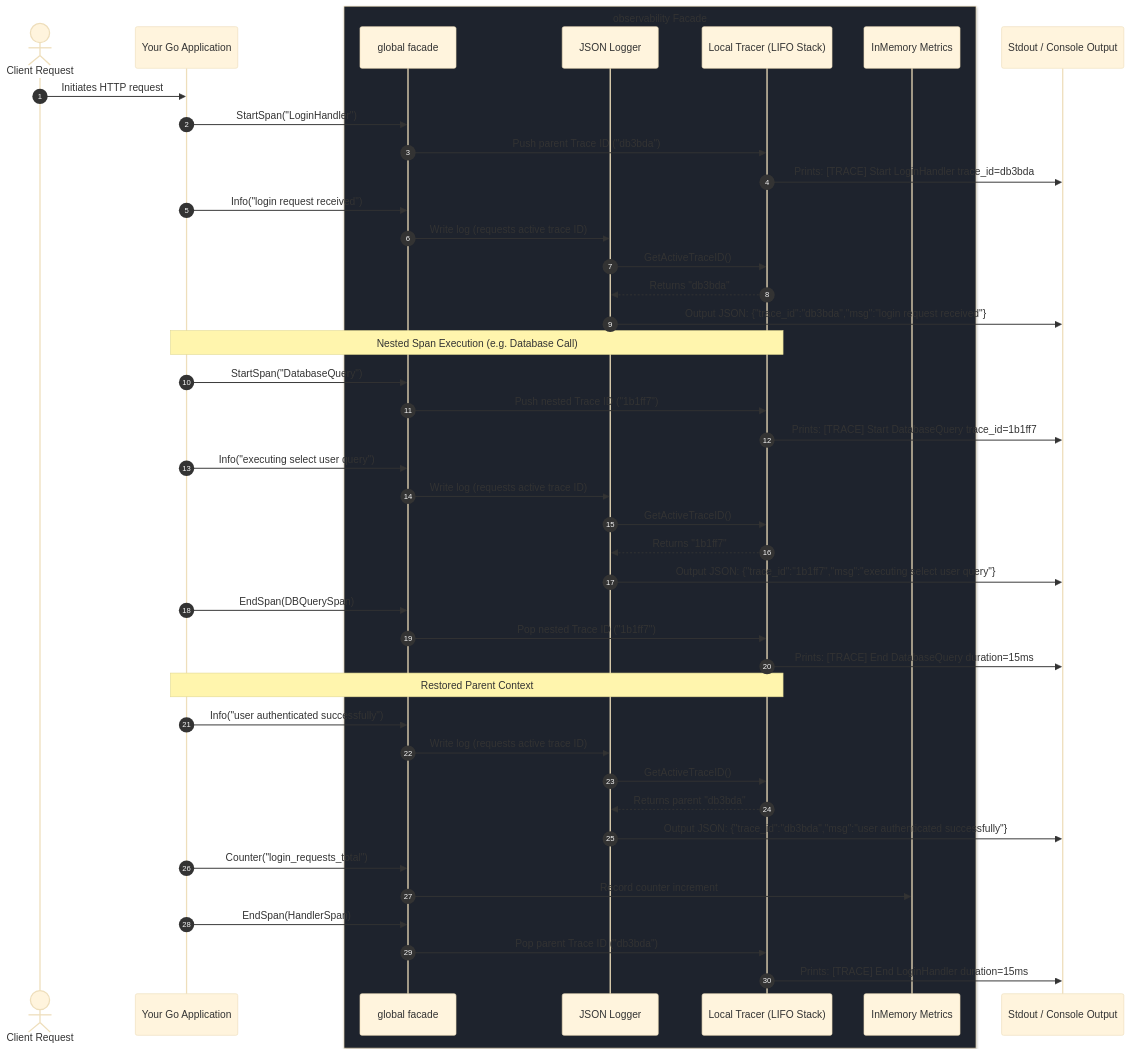
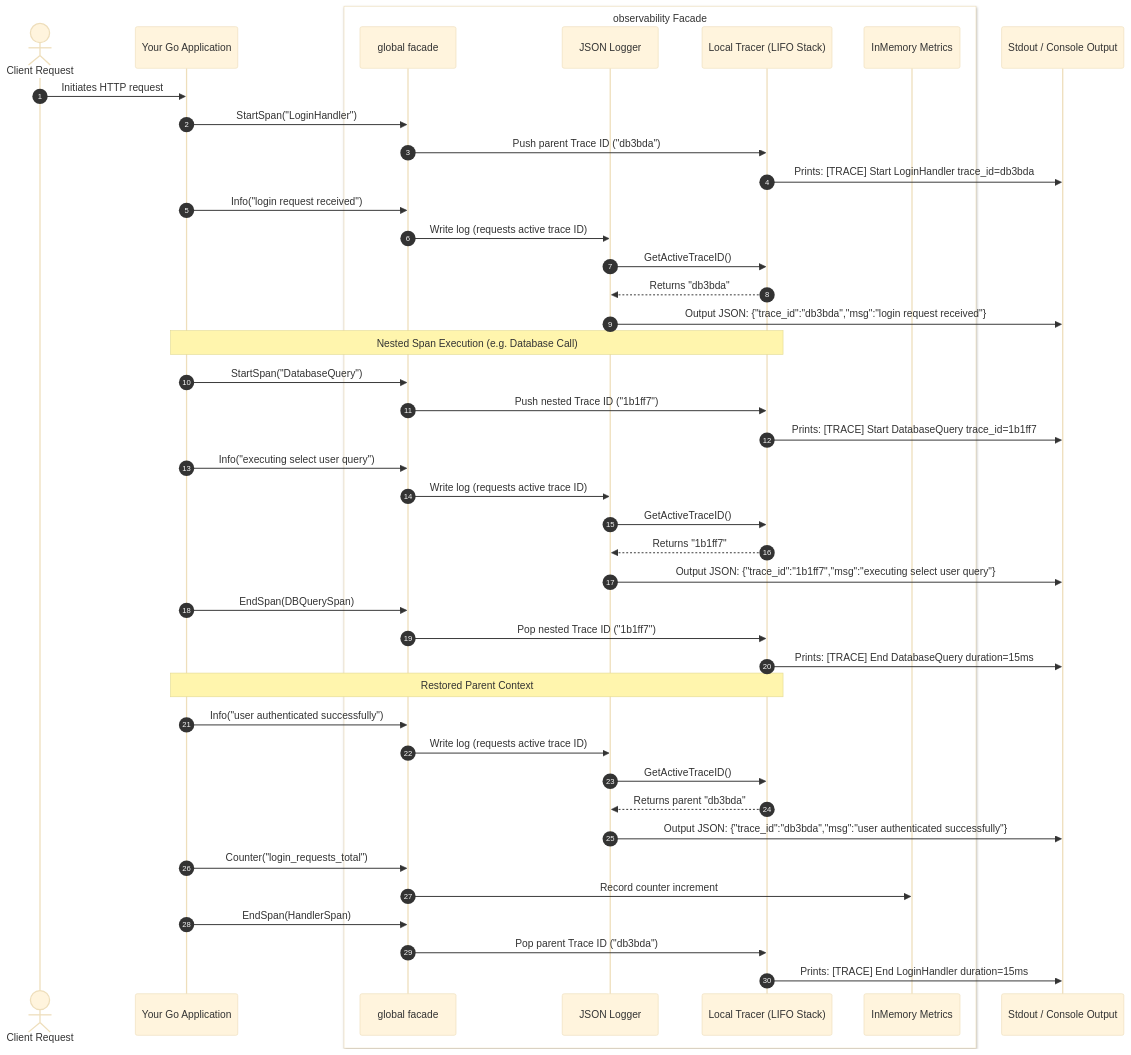
Before and after one commit to wesleyskap/orkai-observability: the diagram in README.md, drawn with Mermaid (base theme).

Commit message:
chore(README): change diagram facade-box background-color

````diff
--- a/README.md
+++ b/README.md
@@ -11,50 +11,50 @@
 ```mermaid
 sequenceDiagram
     autonumber
     actor Client as Client Request
     participant App as Your Go Application
-    box rgb(30, 35, 45) observability Facade
+    box rgba(255, 255, 255, 1) observability Facade
         participant Facade as global facade
         participant Logger as JSON Logger
         participant Tracer as Local Tracer (LIFO Stack)
         participant Metrics as InMemory Metrics
     end
     participant Console as Stdout / Console Output
 
     Client->>App: Initiates HTTP request
     App->>Facade: StartSpan("LoginHandler")
     Facade->>Tracer: Push parent Trace ID ("db3bda")
     Tracer->>Console: Prints: [TRACE] Start LoginHandler trace_id=db3bda
     
     App->>Facade: Info("login request received")
     Facade->>Logger: Write log (requests active trace ID)
     Logger->>Tracer: GetActiveTraceID()
     Tracer-->>Logger: Returns "db3bda"
     Logger->>Console: Output JSON: {"trace_id":"db3bda","msg":"login request received"}
 
     Note over App, Tracer: Nested Span Execution (e.g. Database Call)
     App->>Facade: StartSpan("DatabaseQuery")
     Facade->>Tracer: Push nested Trace ID ("1b1ff7")
     Tracer->>Console: Prints: [TRACE] Start DatabaseQuery trace_id=1b1ff7
     App->>Facade: Info("executing select user query")
     Facade->>Logger: Write log (requests active trace ID)
     Logger->>Tracer: GetActiveTraceID()
     Tracer-->>Logger: Returns "1b1ff7"
     Logger->>Console: Output JSON: {"trace_id":"1b1ff7","msg":"executing select user query"}
     App->>Facade: EndSpan(DBQuerySpan)
     Facade->>Tracer: Pop nested Trace ID ("1b1ff7")
     Tracer->>Console: Prints: [TRACE] End DatabaseQuery duration=15ms
 
     Note over App, Tracer: Restored Parent Context
     App->>Facade: Info("user authenticated successfully")
     Facade->>Logger: Write log (requests active trace ID)
     Logger->>Tracer: GetActiveTraceID()
     Tracer-->>Logger: Returns parent "db3bda"
     Logger->>Console: Output JSON: {"trace_id":"db3bda","msg":"user authenticated successfully"}
 
     App->>Facade: Counter("login_requests_total")
     Facade->>Metrics: Record counter increment
     App->>Facade: EndSpan(HandlerSpan)
     Facade->>Tracer: Pop parent Trace ID ("db3bda")
     Tracer->>Console: Prints: [TRACE] End LoginHandler duration=15ms
 ```
````
